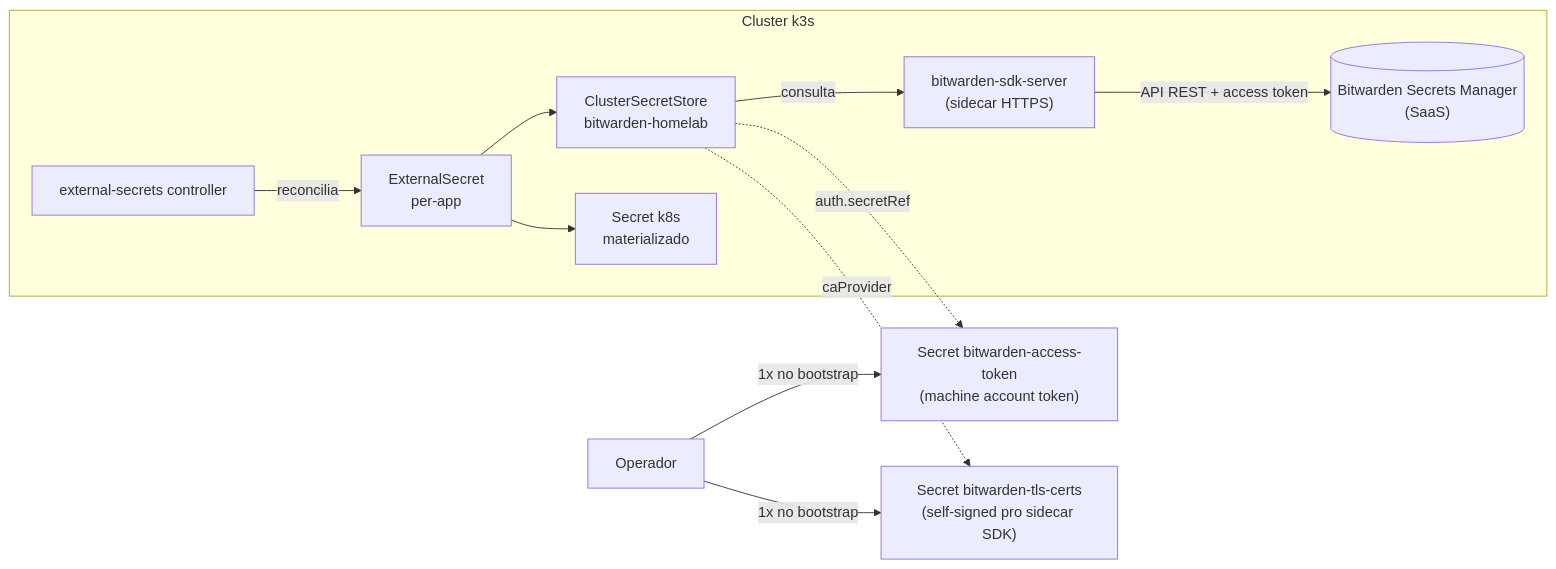
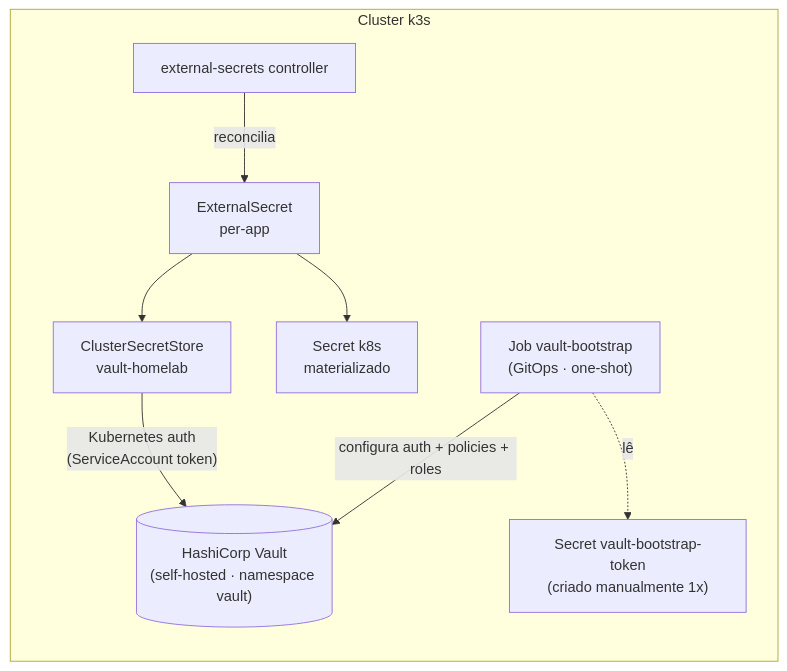
The fourth of 4 diagrams in ARCHITECTURE.md (TourinhoM/platform-gitops), drawn with Mermaid before and after one commit. The commit also changed other lines of this file and 1 other file, not shown here.

Commit message:
docs: migrate secret backend docs from Bitwarden to HashiCorp Vault

````diff
--- a/ARCHITECTURE.md
+++ b/ARCHITECTURE.md
@@ -132,23 +132,20 @@
 ```mermaid
 flowchart LR
-    BW[("Bitwarden Secrets Manager<br/>(SaaS)")]
+    V[("HashiCorp Vault\n(self-hosted · namespace vault)")]
 
     subgraph cluster[Cluster k3s]
-        SDK["bitwarden-sdk-server<br/>(sidecar HTTPS)"]
         ESO[external-secrets controller]
-        CSS[ClusterSecretStore<br/>bitwarden-homelab]
-        ES[ExternalSecret<br/>per-app]
-        K8sSecret[Secret k8s<br/>materializado]
+        CSS[ClusterSecretStore\nvault-homelab]
+        ES[ExternalSecret\nper-app]
+        K8sSecret[Secret k8s\nmaterializado]
+        Job["Job vault-bootstrap\n(GitOps · one-shot)"]
+        BToken["Secret vault-bootstrap-token\n(criado manualmente 1x)"]
 
         ES --> CSS
-        CSS -- "consulta" --> SDK
-        SDK -- "API REST + access token" --> BW
+        CSS -- "Kubernetes auth\n(ServiceAccount token)" --> V
         ESO -- "reconcilia" --> ES
         ES --> K8sSecret
+        Job -- "configura auth + policies + roles" --> V
+        Job -. "lê" .-> BToken
     end
-
-    Op[Operador] -- "1x no bootstrap" --> Token["Secret bitwarden-access-token<br/>(machine account token)"]
-    Op -- "1x no bootstrap" --> TLS["Secret bitwarden-tls-certs<br/>(self-signed pro sidecar SDK)"]
-    CSS -. "auth.secretRef" .-> Token
-    CSS -. "caProvider" .-> TLS
 ```
````
